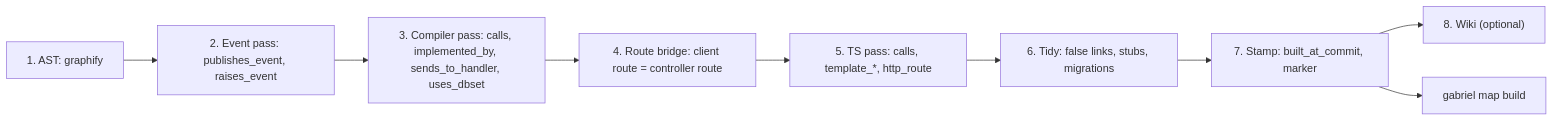
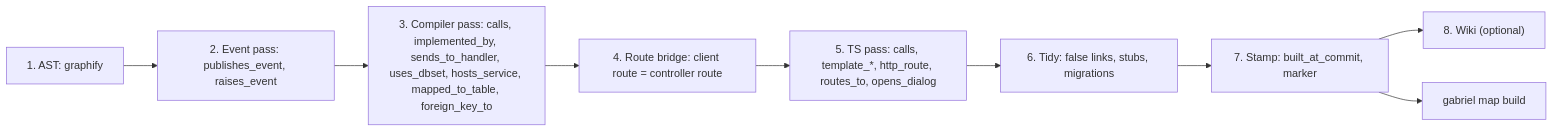
Before and after one commit to ThanhNVan/gabriel-plugin: the diagram in docs/GRAPH-ENHANCEMENT.md, drawn with Mermaid. The commit also changed other lines of this file and 23 other files, not shown here.

````diff
--- a/docs/GRAPH-ENHANCEMENT.md
+++ b/docs/GRAPH-ENHANCEMENT.md
@@ -26,11 +31,11 @@
 ```mermaid
 flowchart LR
   A["1. AST: graphify"] --> B["2. Event pass: publishes_event, raises_event"]
-  B --> C["3. Compiler pass: calls, implemented_by, sends_to_handler, uses_dbset"]
+  B --> C["3. Compiler pass: calls, implemented_by, sends_to_handler, uses_dbset, hosts_service, mapped_to_table, foreign_key_to"]
   C --> D["4. Route bridge: client route = controller route"]
-  D --> E["5. TS pass: calls, template_*, http_route"]
+  D --> E["5. TS pass: calls, template_*, http_route, routes_to, opens_dialog"]
   E --> F["6. Tidy: false links, stubs, migrations"]
   F --> G["7. Stamp: built_at_commit, marker"]
   G --> H["8. Wiki (optional)"]
   G --> I["gabriel map build"]
 ```
````
